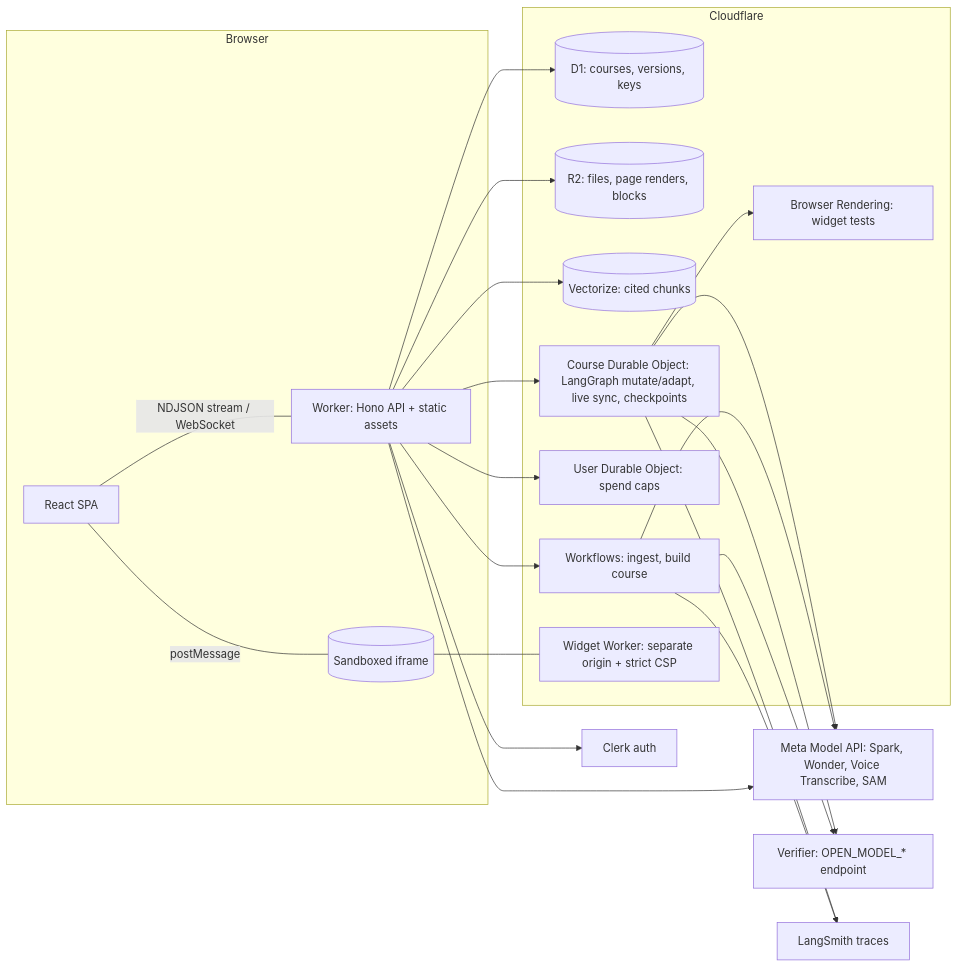
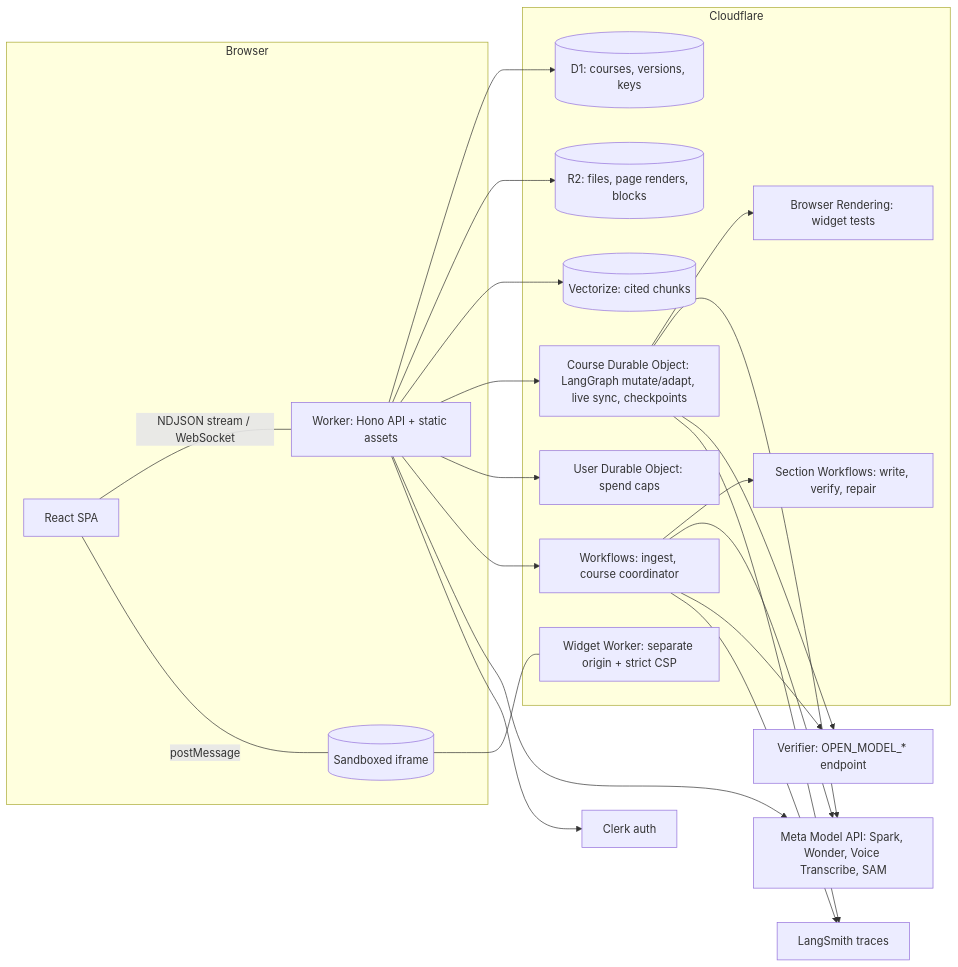
One commit to radeshgovind-2005/meta-hyperlearn changed the diagram in README.md. Above: the diagram before and after it, drawn with Mermaid. The commit also changed other lines of this file and 2 other files, not shown here.

Commit message:
docs(build): record successful production course rebuild

````diff
--- a/README.md
+++ b/README.md
@@ -53,21 +53,22 @@
 ```mermaid
 flowchart LR
   subgraph Browser
     SPA[React SPA] -- NDJSON stream / WebSocket --- API
     SPA -- postMessage --- SBX[(Sandboxed iframe)]
   end
   subgraph Cloudflare
     API[Worker: Hono API + static assets] --> D1[(D1: courses, versions, keys)]
     API --> R2[(R2: files, page renders, blocks)]
     API --> VEC[(Vectorize: cited chunks)]
     API --> CDO[Course Durable Object: LangGraph mutate/adapt, live sync, checkpoints]
     API --> UDO[User Durable Object: spend caps]
-    API --> WF[Workflows: ingest, build course]
+    API --> WF[Workflows: ingest, course coordinator]
+    WF --> SW[Section Workflows: write, verify, repair]
     CDO --> BR[Browser Rendering: widget tests]
     SBX --- WID[Widget Worker: separate origin + strict CSP]
   end
   API & CDO & WF --> META[Meta Model API: Spark, Wonder, Voice Transcribe, SAM]
   CDO & WF --> OPEN[Verifier: OPEN_MODEL_* endpoint]
   CDO & WF --> LS[LangSmith traces]
   API --> CLERK[Clerk auth]
 ```
````
